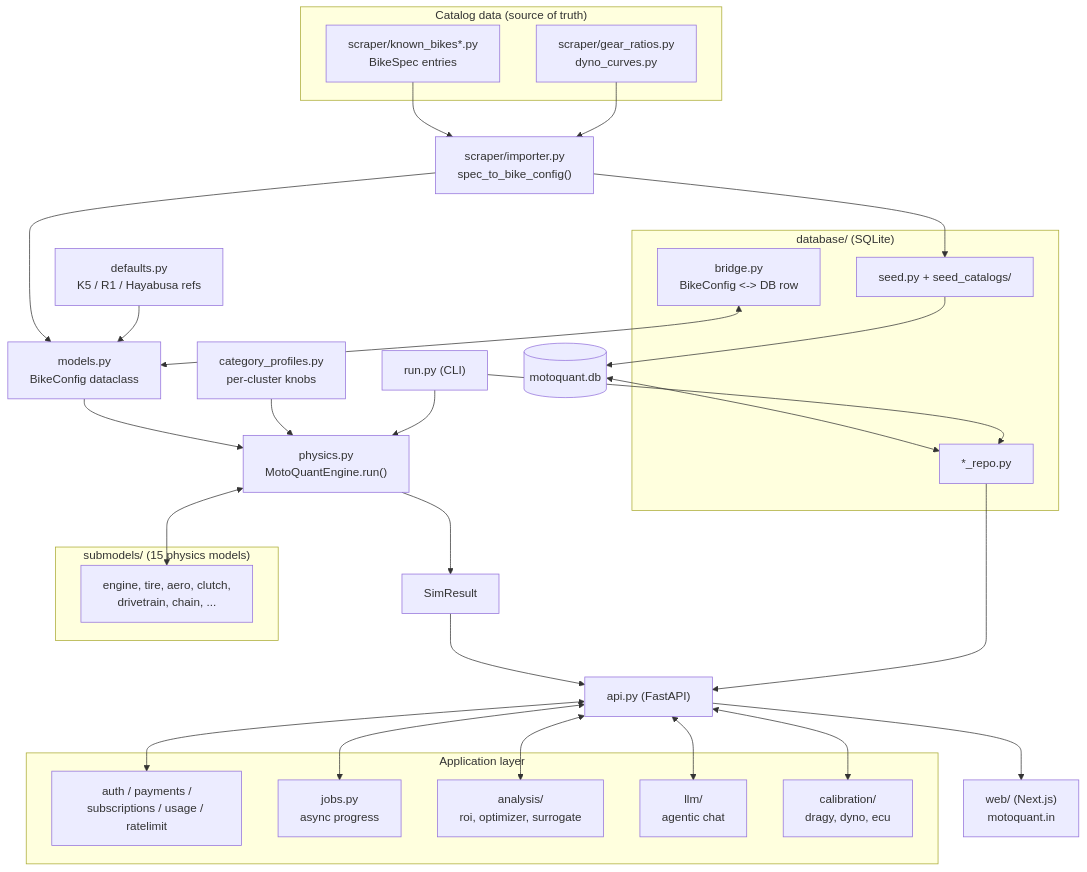
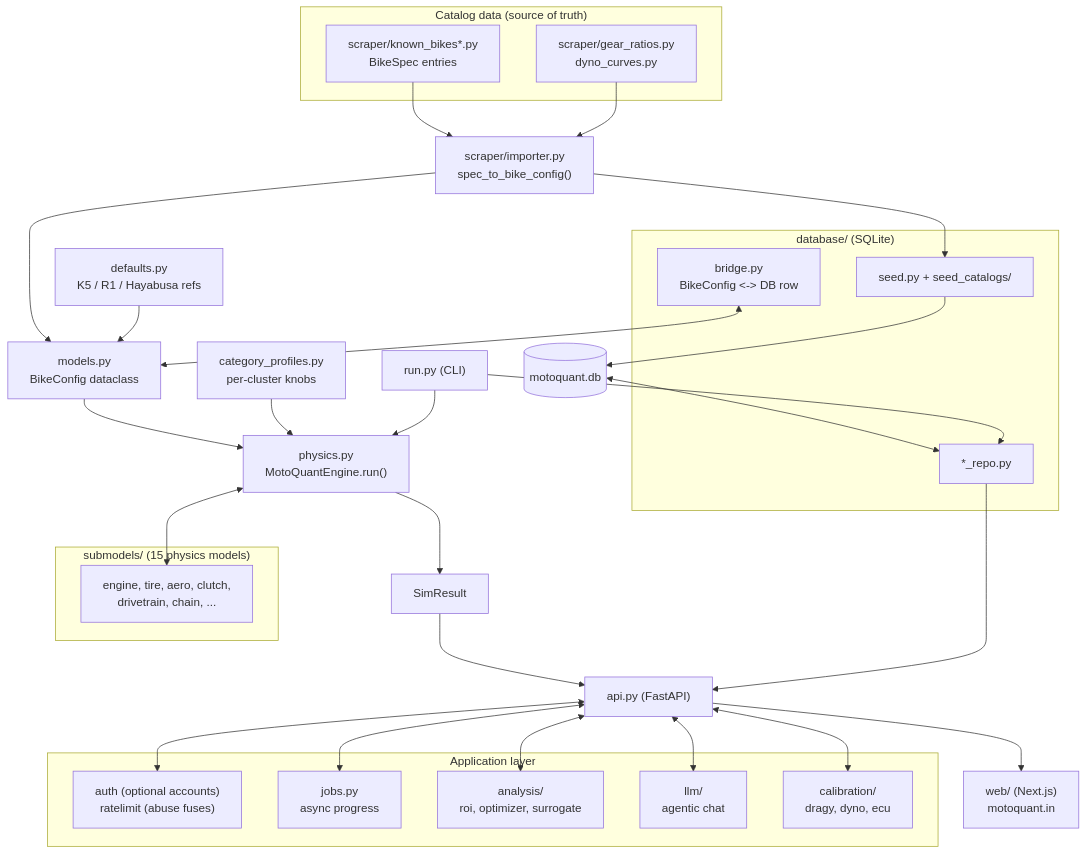
One commit to toto171/MotoQuant.in changed the diagram in docs/ARCHITECTURE.md. Above: the diagram before and after it, drawn with Mermaid. The commit also changed other lines of this file and 412 other files, not shown here.

````diff
--- a/docs/ARCHITECTURE.md
+++ b/docs/ARCHITECTURE.md
@@ -19,46 +19,46 @@
 ```mermaid
 flowchart TD
     subgraph Data["Catalog data (source of truth)"]
         KB["scraper/known_bikes*.py<br/>BikeSpec entries"]
         GR["scraper/gear_ratios.py<br/>dyno_curves.py"]
     end
     KB --> IMP["scraper/importer.py<br/>spec_to_bike_config()"]
     GR --> IMP
     IMP --> BC["models.py<br/>BikeConfig dataclass"]
     DEF["defaults.py<br/>K5 / R1 / Hayabusa refs"] --> BC
     BC --> ENG["physics.py<br/>MotoQuantEngine.run()"]
     subgraph Sub["submodels/ (15 physics models)"]
         SM["engine, tire, aero, clutch,<br/>drivetrain, chain, ..."]
     end
     ENG <--> SM
     CP["category_profiles.py<br/>per-cluster knobs"] --> ENG
     ENG --> SR["SimResult"]
 
     subgraph Persist["database/ (SQLite)"]
         SEED["seed.py + seed_catalogs/"]
         BRIDGE["bridge.py<br/>BikeConfig &lt;-&gt; DB row"]
         REPOS["*_repo.py"]
     end
     IMP --> SEED
     SEED --> DB[("motoquant.db")]
     DB <--> REPOS
     BRIDGE <--> BC
 
     SR --> API["api.py (FastAPI)"]
     REPOS --> API
     subgraph AppLayer["Application layer"]
-        AUTH["auth / payments /<br/>subscriptions / usage / ratelimit"]
+        AUTH["auth (optional accounts)<br/>ratelimit (abuse fuses)"]
         JOBS["jobs.py<br/>async progress"]
         ANALYSIS["analysis/<br/>roi, optimizer, surrogate"]
         LLM["llm/<br/>agentic chat"]
         CAL["calibration/<br/>dragy, dyno, ecu"]
     end
     API <--> AUTH
     API <--> JOBS
     API <--> ANALYSIS
     API <--> LLM
     API <--> CAL
     API --> WEB["web/ (Next.js)<br/>motoquant.in"]
     CLI["run.py (CLI)"] --> ENG
     CLI --> REPOS
 ```
````
